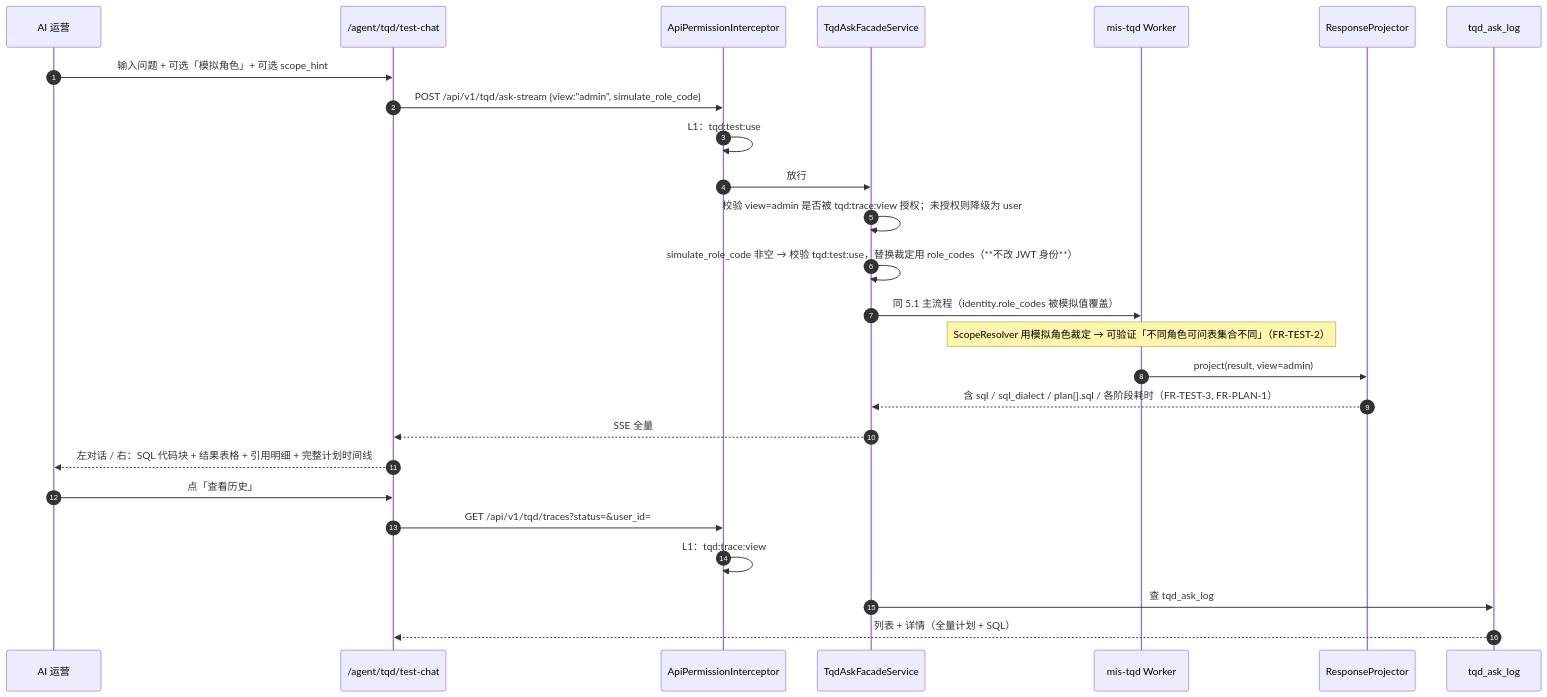
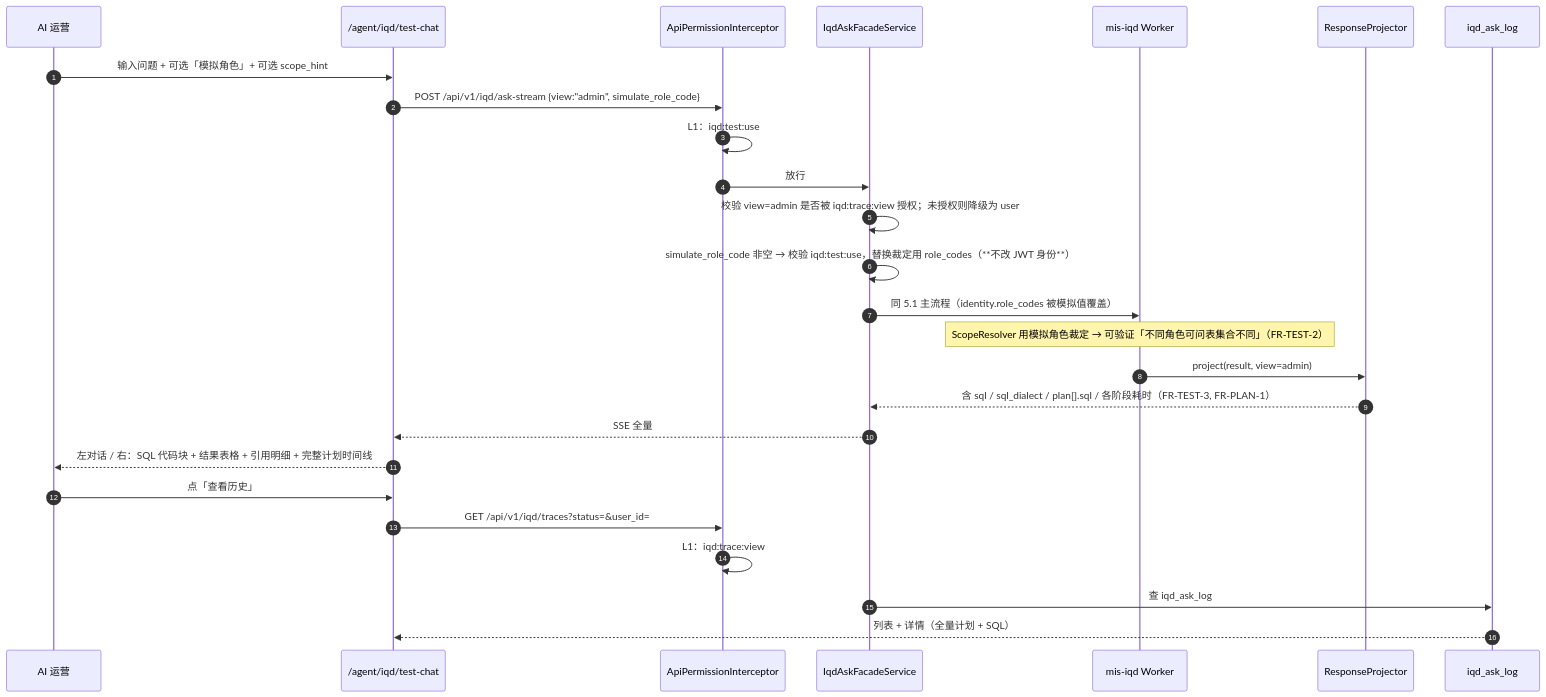
Before and after one commit to 13961588612/mis-platform: the fifth of 11 diagrams in docs/ai-fusion/wrenai/architecture.md, drawn with Mermaid. The commit also changed other lines of this file and 12 other files, not shown here.

First line of the commit message:
docs(wrenai): rename module/table prefix tqd -> iqd (mis-tqd -> mis-iqd, tqd_* -> iqd_*)

````diff
--- a/docs/ai-fusion/wrenai/architecture.md
+++ b/docs/ai-fusion/wrenai/architecture.md
@@ -1783,29 +1783,29 @@
 ```mermaid
 sequenceDiagram
     autonumber
     participant OPS as AI 运营
-    participant TP as /agent/tqd/test-chat
+    participant TP as /agent/iqd/test-chat
     participant PEP as ApiPermissionInterceptor
-    participant BFF as TqdAskFacadeService
-    participant W as mis-tqd Worker
+    participant BFF as IqdAskFacadeService
+    participant W as mis-iqd Worker
     participant PJ as ResponseProjector
-    participant DB as tqd_ask_log
+    participant DB as iqd_ask_log
 
     OPS->>TP: 输入问题 + 可选「模拟角色」+ 可选 scope_hint
-    TP->>PEP: POST /api/v1/tqd/ask-stream {view:"admin", simulate_role_code}
-    PEP->>PEP: L1：tqd:test:use
+    TP->>PEP: POST /api/v1/iqd/ask-stream {view:"admin", simulate_role_code}
+    PEP->>PEP: L1：iqd:test:use
     PEP->>BFF: 放行
-    BFF->>BFF: 校验 view=admin 是否被 tqd:trace:view 授权；未授权则降级为 user
-    BFF->>BFF: simulate_role_code 非空 → 校验 tqd:test:use，替换裁定用 role_codes（**不改 JWT 身份**）
+    BFF->>BFF: 校验 view=admin 是否被 iqd:trace:view 授权；未授权则降级为 user
+    BFF->>BFF: simulate_role_code 非空 → 校验 iqd:test:use，替换裁定用 role_codes（**不改 JWT 身份**）
     BFF->>W: 同 5.1 主流程（identity.role_codes 被模拟值覆盖）
     Note over W: ScopeResolver 用模拟角色裁定 → 可验证「不同角色可问表集合不同」（FR-TEST-2）
     W->>PJ: project(result, view=admin)
     PJ-->>BFF: 含 sql / sql_dialect / plan[].sql / 各阶段耗时（FR-TEST-3, FR-PLAN-1）
     BFF-->>TP: SSE 全量
     TP-->>OPS: 左对话 / 右：SQL 代码块 + 结果表格 + 引用明细 + 完整计划时间线
     OPS->>TP: 点「查看历史」
-    TP->>PEP: GET /api/v1/tqd/traces?status=&user_id=
-    PEP->>PEP: L1：tqd:trace:view
-    BFF->>DB: 查 tqd_ask_log
+    TP->>PEP: GET /api/v1/iqd/traces?status=&user_id=
+    PEP->>PEP: L1：iqd:trace:view
+    BFF->>DB: 查 iqd_ask_log
     DB-->>TP: 列表 + 详情（全量计划 + SQL）
 ```
````
